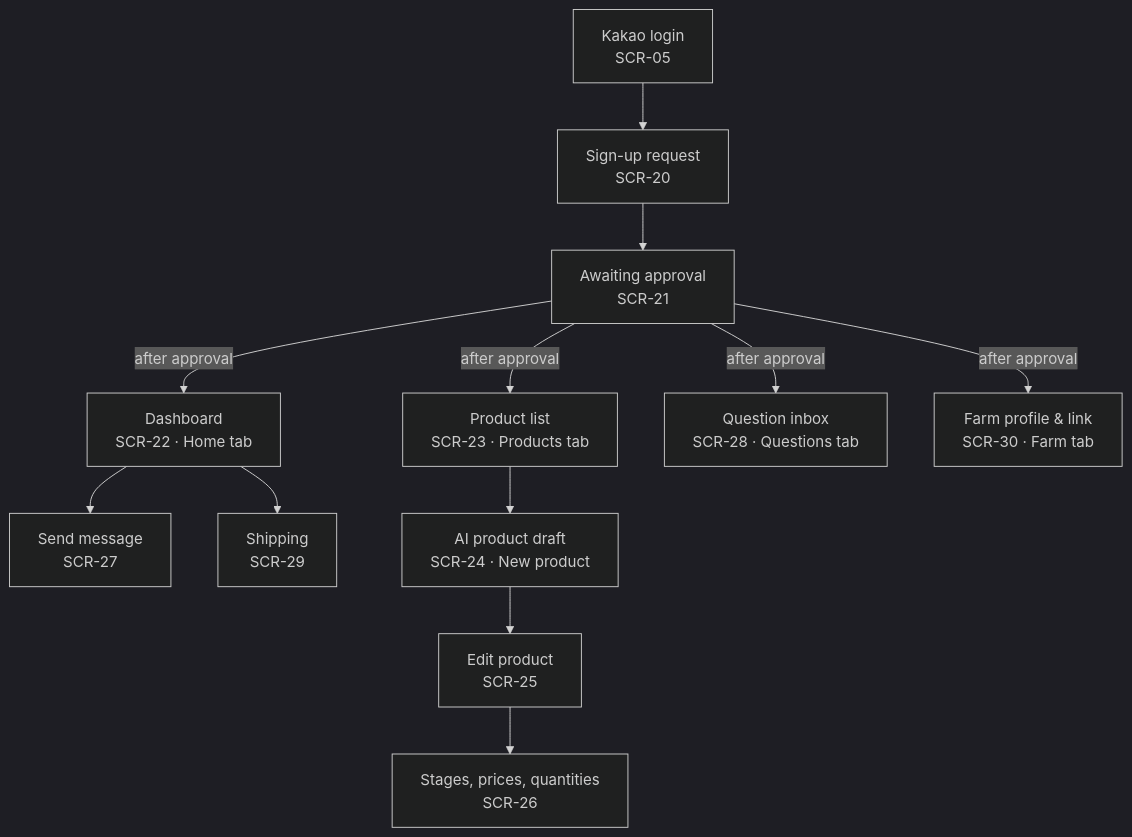
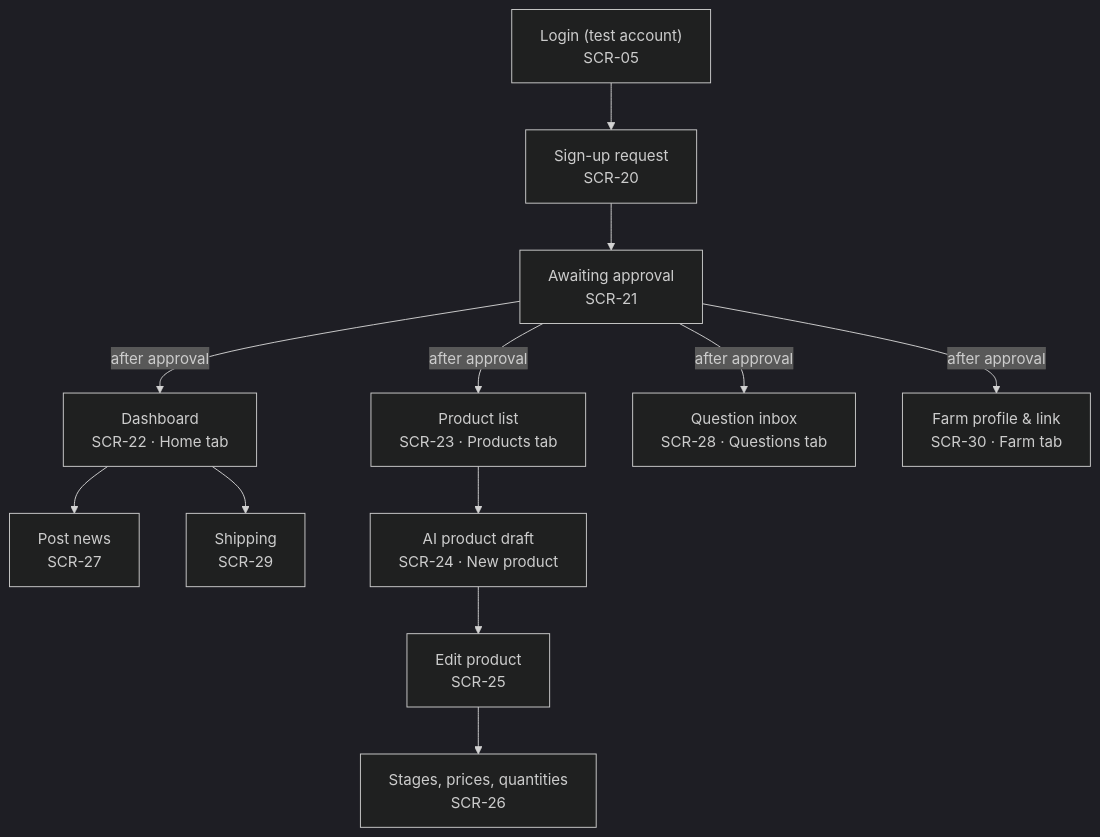
Before and after one commit to snuhcs-course/swpp-2026-project-team-06: the second of 5 diagrams in docs/wiki/Design-Documentation.md, drawn with Mermaid (dark theme). The commit also changed other lines of this file and 2 other files, not shown here.

````diff
--- a/docs/wiki/Design-Documentation.md
+++ b/docs/wiki/Design-Documentation.md
@@ -127,11 +130,11 @@
 ```mermaid
 flowchart TD
-  login["Kakao login<br/>SCR-05"] --> apply["Sign-up request<br/>SCR-20"] --> pending["Awaiting approval<br/>SCR-21"]
+  login["Login (test account)<br/>SCR-05"] --> apply["Sign-up request<br/>SCR-20"] --> pending["Awaiting approval<br/>SCR-21"]
   pending -- after approval --> home["Dashboard<br/>SCR-22 · Home tab"]
   pending -- after approval --> products["Product list<br/>SCR-23 · Products tab"]
   pending -- after approval --> questions["Question inbox<br/>SCR-28 · Questions tab"]
   pending -- after approval --> farmtab["Farm profile & link<br/>SCR-30 · Farm tab"]
-  home --> broadcast["Send message<br/>SCR-27"]
+  home --> broadcast["Post news<br/>SCR-27"]
   home --> ship["Shipping<br/>SCR-29"]
   products --> draft["AI product draft<br/>SCR-24 · New product"] --> edit["Edit product<br/>SCR-25"] --> stages["Stages, prices, quantities<br/>SCR-26"]
 ```
````
